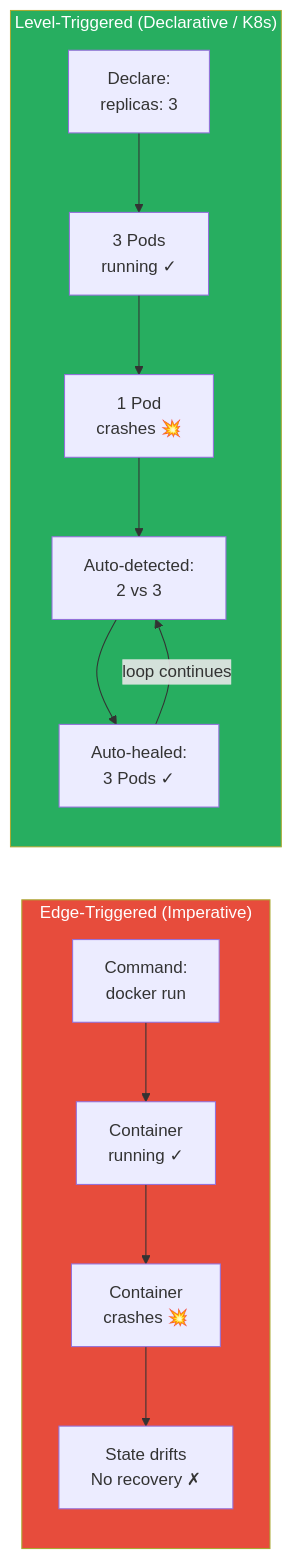
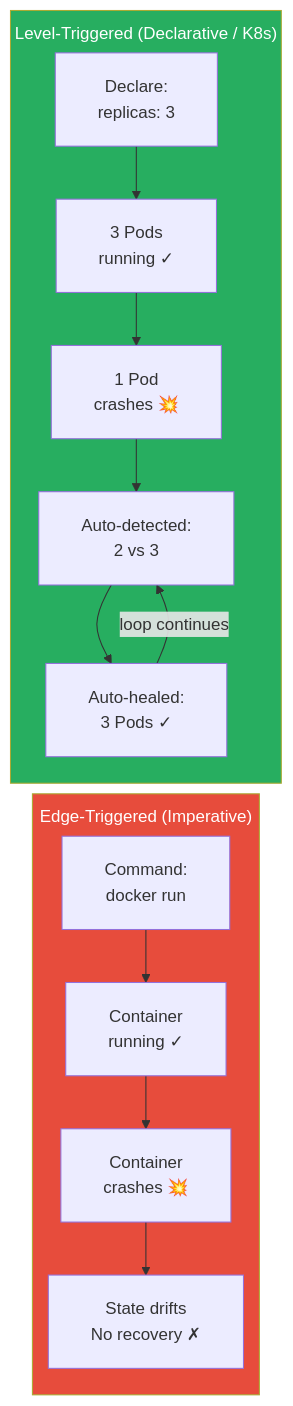
Before and after one commit to Alnour/kube_book: the second of 5 diagrams in Chapter_5_Expanded.md, drawn with Mermaid. The commit also changed other lines of this file and 7 other files, not shown here.

First line of the commit message:
Fix Mermaid diagram sizing, layout, and label rendering

````diff
--- a/Chapter_5_Expanded.md
+++ b/Chapter_5_Expanded.md
@@ -53,14 +54,15 @@
 ```mermaid
+%%{init: {'flowchart': {'nodeSpacing': 10, 'rankSpacing': 25, 'padding': 20, 'subGraphTitleMargin': {'top': 10, 'bottom': 5}}}}%%
 graph LR
     subgraph Imperative["Edge-Triggered (Imperative)"]
-        I1["Command:\ndocker run"] --> I2["Container\nrunning ✓"] --> I3["Container\ncrashes 💥"] --> I4["State drifts\nNo recovery ✗"]
+        I1["Command:<br/>docker run"] --> I2["Container<br/>running ✓"] --> I3["Container<br/>crashes 💥"] --> I4["State drifts<br/>No recovery ✗"]
     end
 
     subgraph Declarative["Level-Triggered (Declarative / K8s)"]
-        D1["Declare:\nreplicas: 3"] --> D2["3 Pods\nrunning ✓"] --> D3["1 Pod\ncrashes 💥"] --> D4["Auto-detected:\n2 vs 3"] --> D5["Auto-healed:\n3 Pods ✓"]
+        D1["Declare:<br/>replicas: 3"] --> D2["3 Pods<br/>running ✓"] --> D3["1 Pod<br/>crashes 💥"] --> D4["Auto-detected:<br/>2 vs 3"] --> D5["Auto-healed:<br/>3 Pods ✓"]
         D5 -->|"loop continues"| D4
     end
 
     style Imperative fill:#e74c3c,color:#fff
     style Declarative fill:#27ae60,color:#fff
 ```
````
